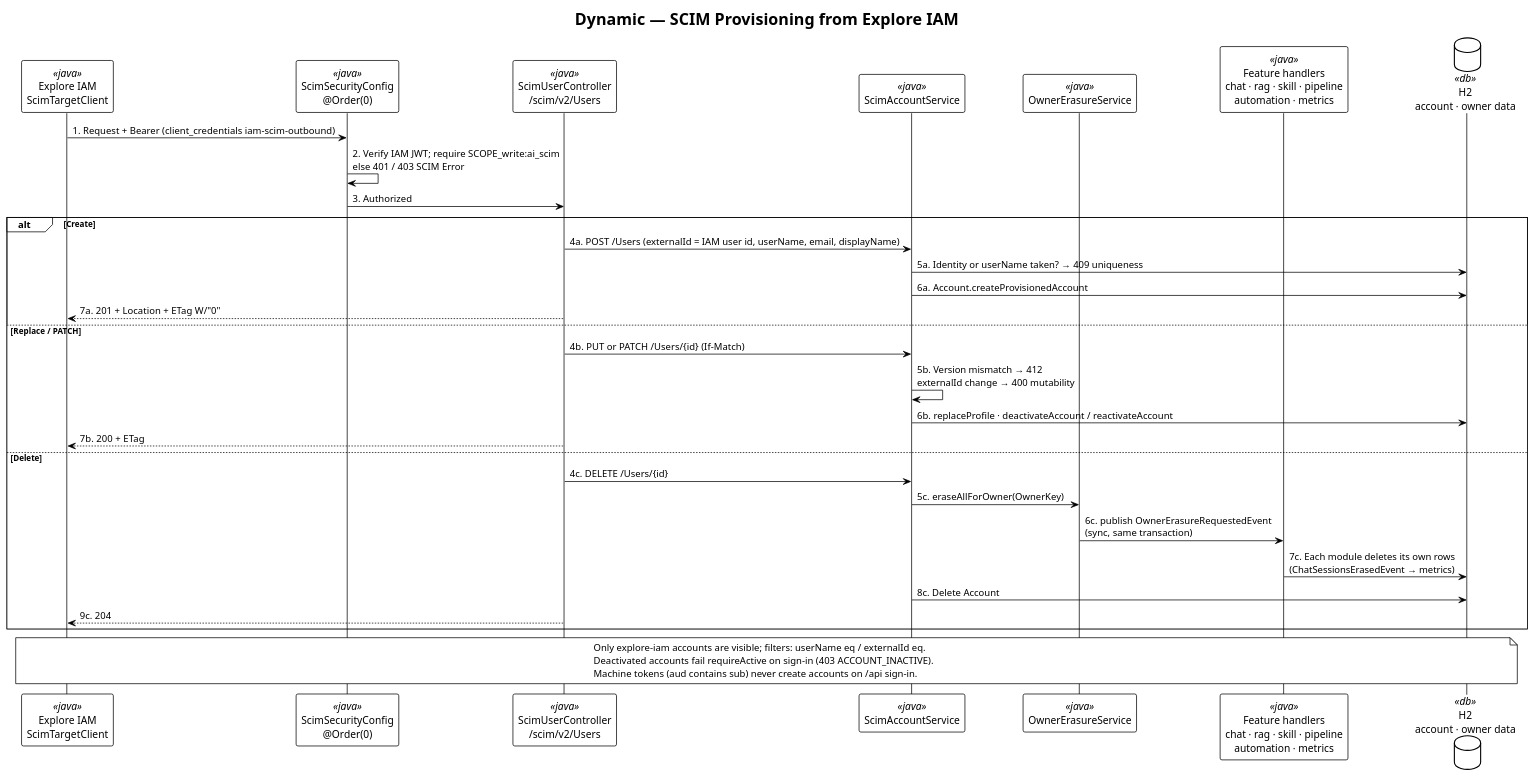
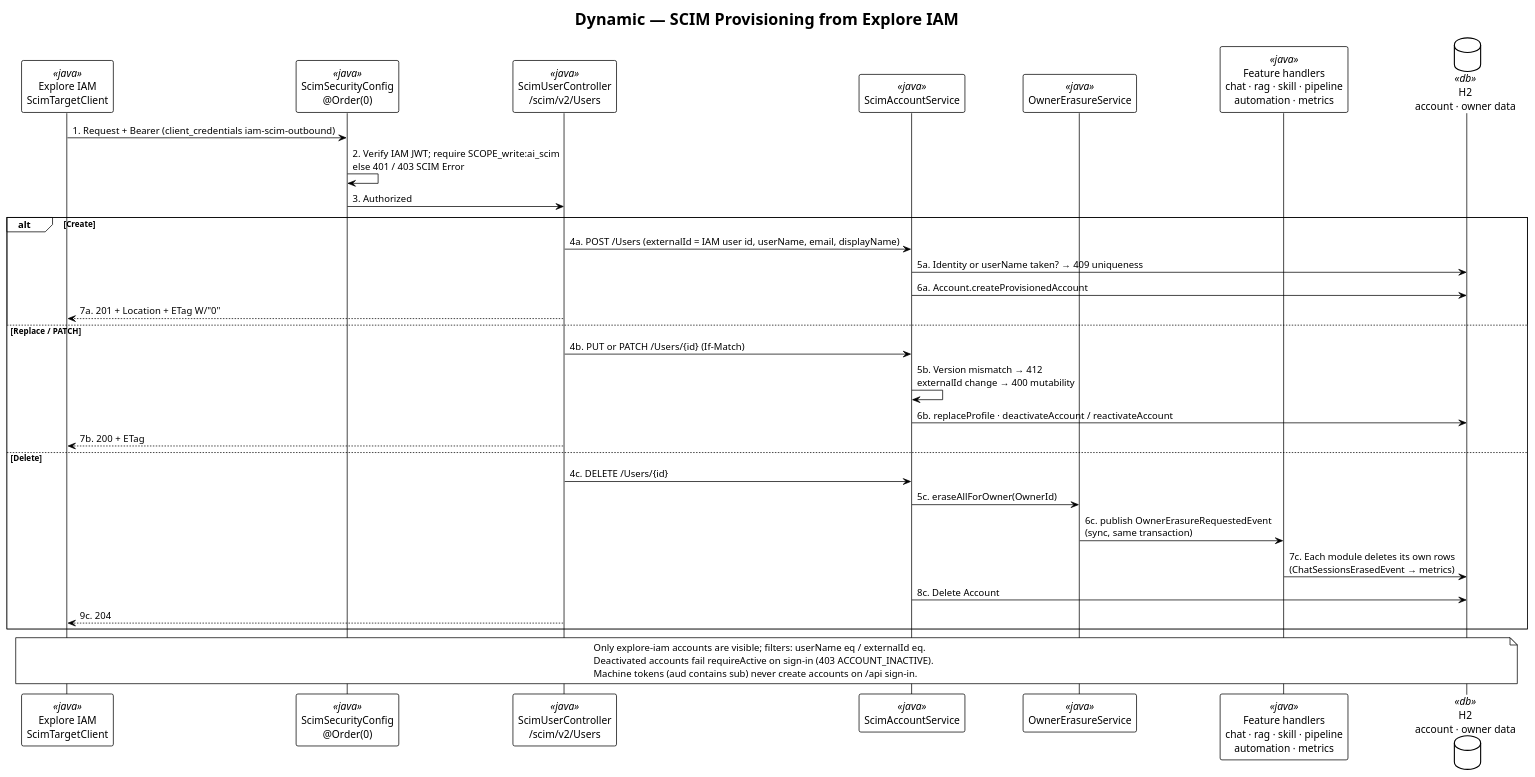
Before and after one commit to felixzhu97/explore-workspace: the diagram in ai/docs/developer/c4-model/C4-Dynamic-ScimProvisioning.puml, drawn with PlantUML. The commit also changed 3421 other files, not shown here.

```diff
--- a/ai/docs/developer/c4-model/C4-Dynamic-ScimProvisioning.puml
+++ b/ai/docs/developer/c4-model/C4-Dynamic-ScimProvisioning.puml
@@ -1,45 +1,45 @@
 @startuml C4-Dynamic-ScimProvisioning
 !theme plain
 skinparam backgroundColor #FFFFFF
 skinparam shadowing false
 
 title Dynamic — SCIM Provisioning from Explore IAM
 
 participant "Explore IAM\nScimTargetClient" as iam <<java>>
 participant "ScimSecurityConfig\n@Order(0)" as sec <<java>>
 participant "ScimUserController\n/scim/v2/Users" as ctrl <<java>>
 participant "ScimAccountService" as svc <<java>>
 participant "OwnerErasureService" as erase <<java>>
 participant "Feature handlers\nchat · rag · skill · pipeline\nautomation · metrics" as handlers <<java>>
 database "H2\naccount · owner data" as db <<db>>
 
 iam -> sec: 1. Request + Bearer (client_credentials iam-scim-outbound)
 sec -> sec: 2. Verify IAM JWT; require SCOPE_write:ai_scim\nelse 401 / 403 SCIM Error
 sec -> ctrl: 3. Authorized
 
 alt Create
   ctrl -> svc: 4a. POST /Users (externalId = IAM user id, userName, email, displayName)
   svc -> db: 5a. Identity or userName taken? → 409 uniqueness
   svc -> db: 6a. Account.createProvisionedAccount
   ctrl --> iam: 7a. 201 + Location + ETag W/"0"
 else Replace / PATCH
   ctrl -> svc: 4b. PUT or PATCH /Users/{id} (If-Match)
   svc -> svc: 5b. Version mismatch → 412\nexternalId change → 400 mutability
   svc -> db: 6b. replaceProfile · deactivateAccount / reactivateAccount
   ctrl --> iam: 7b. 200 + ETag
 else Delete
   ctrl -> svc: 4c. DELETE /Users/{id}
-  svc -> erase: 5c. eraseAllForOwner(OwnerKey)
+  svc -> erase: 5c. eraseAllForOwner(OwnerId)
   erase -> handlers: 6c. publish OwnerErasureRequestedEvent\n(sync, same transaction)
   handlers -> db: 7c. Each module deletes its own rows\n(ChatSessionsErasedEvent → metrics)
   svc -> db: 8c. Delete Account
   ctrl --> iam: 9c. 204
 end
 
 note over iam, db
   Only explore-iam accounts are visible; filters: userName eq / externalId eq.
   Deactivated accounts fail requireActive on sign-in (403 ACCOUNT_INACTIVE).
   Machine tokens (aud contains sub) never create accounts on /api sign-in.
 end note
 
 @enduml
```
